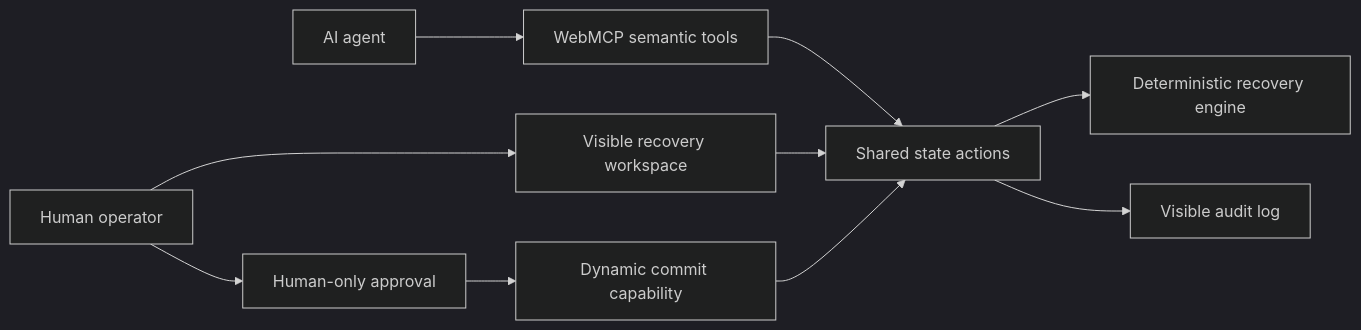
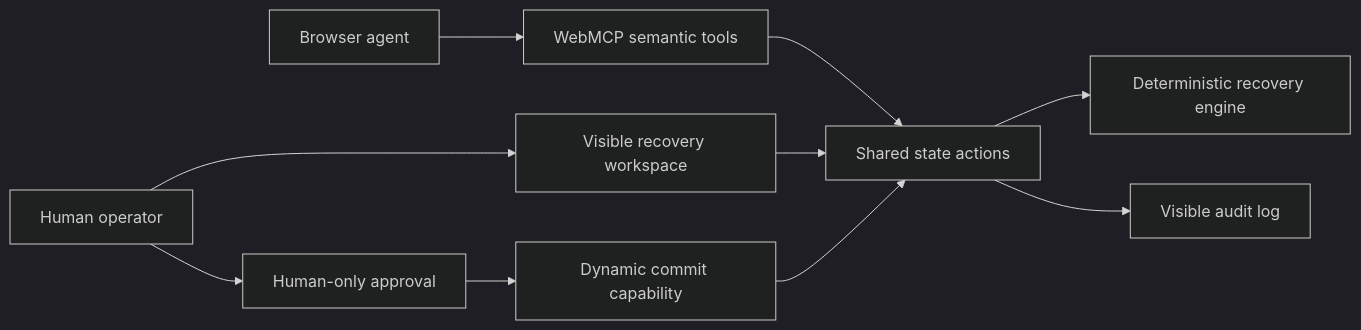
One commit to Navi-AI-Project/supply-recovery-console changed the diagram in README.md. Above: the diagram before and after it, drawn with Mermaid (dark theme). The commit also changed other lines of this file and 22 other files, not shown here.

````diff
--- a/README.md
+++ b/README.md
@@ -123,12 +127,12 @@
-```mermaid
+~~~mermaid
 flowchart LR
   Human[Human operator] --> UI[Visible recovery workspace]
-  Agent[AI agent] --> MCP[WebMCP semantic tools]
+  Agent[Browser agent] --> MCP[WebMCP semantic tools]
   MCP --> Actions[Shared state actions]
   UI --> Actions
   Actions --> Engine[Deterministic recovery engine]
   Actions --> Audit[Visible audit log]
   Human --> Approval[Human-only approval]
   Approval --> Dynamic[Dynamic commit capability]
   Dynamic --> Actions
-```
+~~~
````
